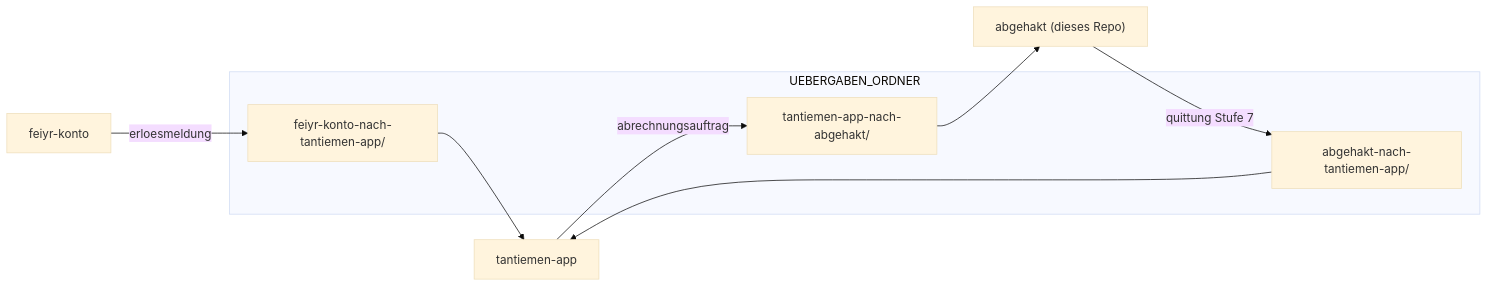
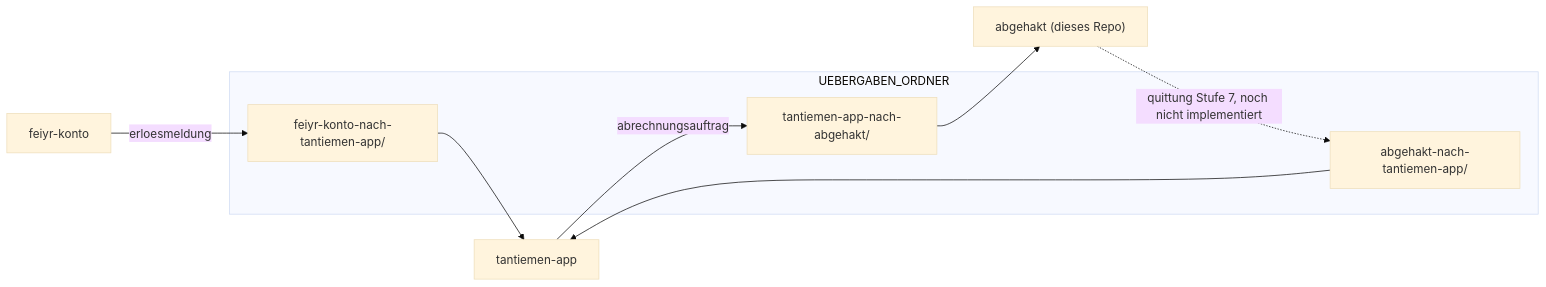
One commit to abgehakt-zugferd/abgehakt-e-rechnung changed the diagram in docs/DEV-DOCU.md. Above: the diagram before and after it, drawn with Mermaid (base theme). The commit also changed other lines of this file and 4 other files, not shown here.

````diff
--- a/docs/DEV-DOCU.md
+++ b/docs/DEV-DOCU.md
@@ -804,14 +809,14 @@
 ```mermaid
 flowchart LR
   subgraph ordner["UEBERGABEN_ORDNER"]
     E["feiyr-konto-nach-tantiemen-app/"]
     A["tantiemen-app-nach-abgehakt/"]
     Q["abgehakt-nach-tantiemen-app/"]
   end
   feiyr["feiyr-konto"] -->|"erloesmeldung"| E
   E --> tantiemen["tantiemen-app"]
   tantiemen -->|"abrechnungsauftrag"| A
   A --> abgehakt["abgehakt (dieses Repo)"]
-  abgehakt -->|"quittung Stufe 7"| Q
+  abgehakt -.->|"quittung Stufe 7, noch nicht implementiert"| Q
   Q --> tantiemen
 ```
````
